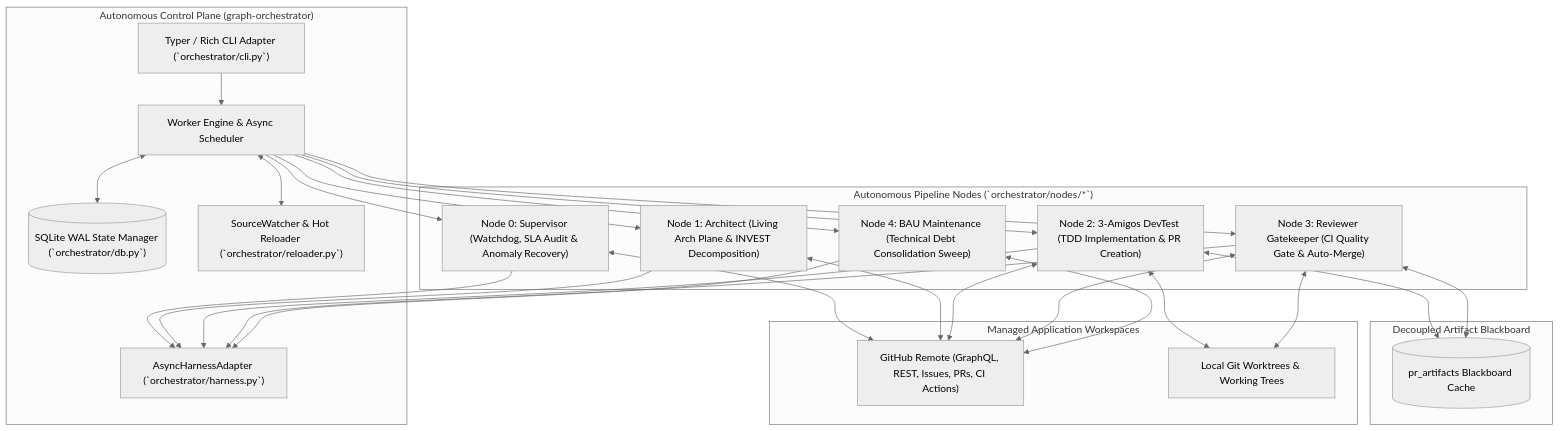
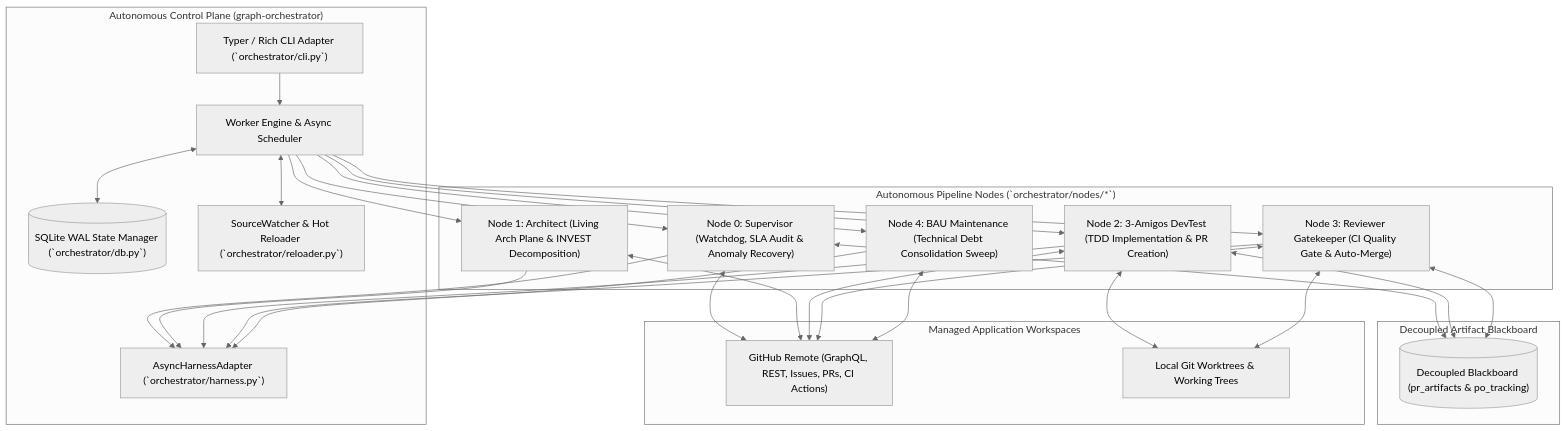
One commit to AntaresAndBharani/graph-engineering changed the first of 5 diagrams in .graph/architecture.md. Above: the diagram before and after it, drawn with Mermaid (neutral theme). The commit also changed other lines of this file and 9 other files, not shown here.

Commit message:
feat(cli): add supervisor evaluate --dry-run and supervisor status commands with Blackboard po_tracking

````diff
--- a/.graph/architecture.md
+++ b/.graph/architecture.md
@@ -17,36 +17,37 @@
 ```mermaid
 flowchart TD
     subgraph Control Plane ["Autonomous Control Plane (graph-orchestrator)"]
         CLI["Typer / Rich CLI Adapter (`orchestrator/cli.py`)"]
         Core["Worker Engine & Async Scheduler"]
         State[("SQLite WAL State Manager (`orchestrator/db.py`)")]
         Reloader["SourceWatcher & Hot Reloader (`orchestrator/reloader.py`)"]
         Adapter["AsyncHarnessAdapter (`orchestrator/harness.py`)"]
     end
 
     subgraph Governance & Pipeline Nodes ["Autonomous Pipeline Nodes (`orchestrator/nodes/*`)"]
         N0["Node 0: Supervisor (Watchdog, SLA Audit & Anomaly Recovery)"]
         N1["Node 1: Architect (Living Arch Plane & INVEST Decomposition)"]
         N2["Node 2: 3-Amigos DevTest (TDD Implementation & PR Creation)"]
         N3["Node 3: Reviewer Gatekeeper (CI Quality Gate & Auto-Merge)"]
         N4["Node 4: BAU Maintenance (Technical Debt Consolidation Sweep)"]
     end
 
     subgraph Blackboard Layer ["Decoupled Artifact Blackboard"]
-        BB[("pr_artifacts Blackboard Cache")]
+        BB[("Decoupled Blackboard (pr_artifacts & po_tracking)")]
     end
 
     subgraph Managed Target Repositories ["Managed Application Workspaces"]
         GH["GitHub Remote (GraphQL, REST, Issues, PRs, CI Actions)"]
         LocalGit["Local Git Worktrees & Working Trees"]
     end
 
     CLI --> Core
     Core <--> State
     Core <--> Reloader
     Core --> N0 & N1 & N2 & N3 & N4
     N0 & N1 & N2 & N3 & N4 --> Adapter
     N0 & N1 & N2 & N3 & N4 <--> GH
+    N0 <--> BB
     N2 & N3 <--> LocalGit
     N2 & N3 <--> BB
 ```
````
